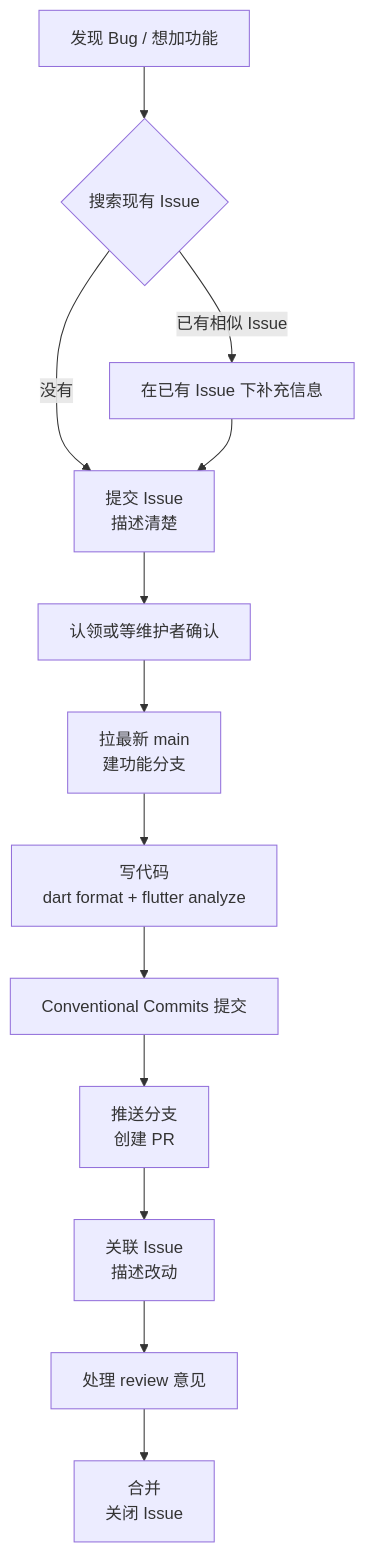
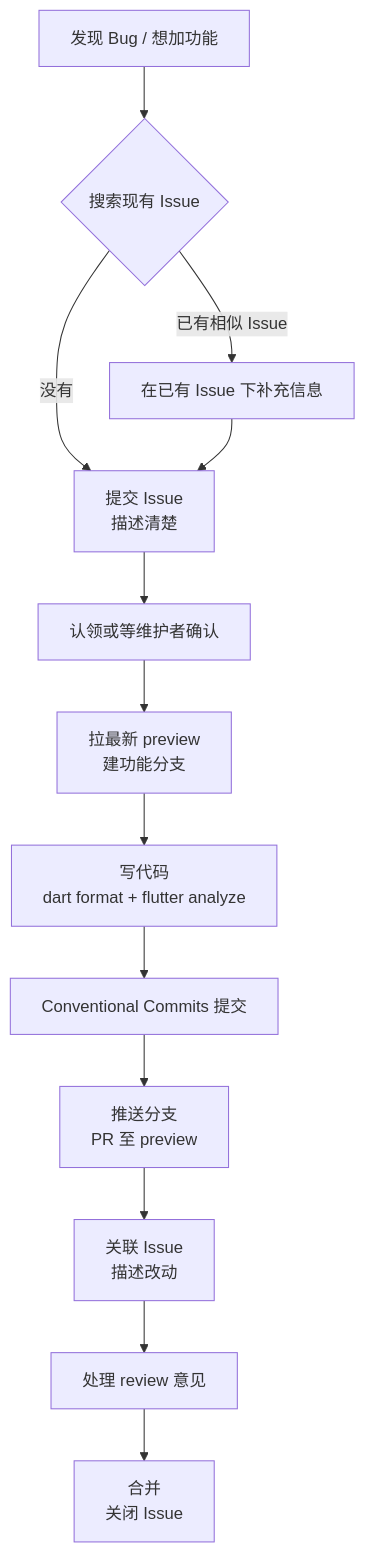
One commit to The-Brotherhood-of-SCU/Bugaoshan_docs_page changed the diagram in docs/develop/guide/contribution-guide.md. Above: the diagram before and after it, drawn with Mermaid. The commit also changed other lines of this file and 4 other files, not shown here.

First line of the commit message:
docs: 同步两级发布流水线——分支模型改为 preview→main 并镜像发布流水线架构文档

````diff
--- a/docs/develop/guide/contribution-guide.md
+++ b/docs/develop/guide/contribution-guide.md
@@ -104,16 +124,16 @@
 ```mermaid
 flowchart TD
     A[发现 Bug / 想加功能]
     A --> B{搜索现有 Issue}
     B -->|已有相似 Issue| C[在已有 Issue 下补充信息]
     B -->|没有| D[提交 Issue<br/>描述清楚]
     C --> D
     D --> E[认领或等维护者确认]
-    E --> F[拉最新 main<br/>建功能分支]
+    E --> F[拉最新 preview<br/>建功能分支]
     F --> G[写代码<br/>dart format + flutter analyze]
     G --> H[Conventional Commits 提交]
-    H --> I[推送分支<br/>创建 PR]
+    H --> I[推送分支<br/>PR 至 preview]
     I --> J[关联 Issue<br/>描述改动]
     J --> K[处理 review 意见]
     K --> L[合并<br/>关闭 Issue]
 ```
````
